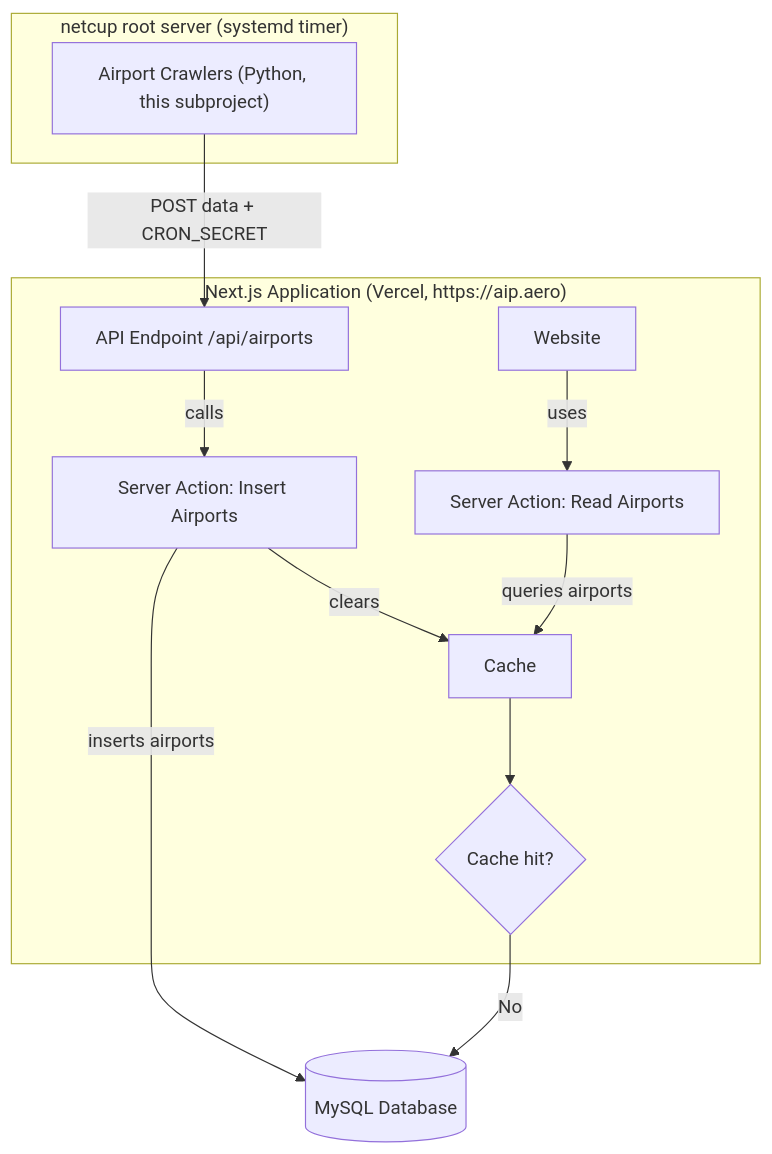
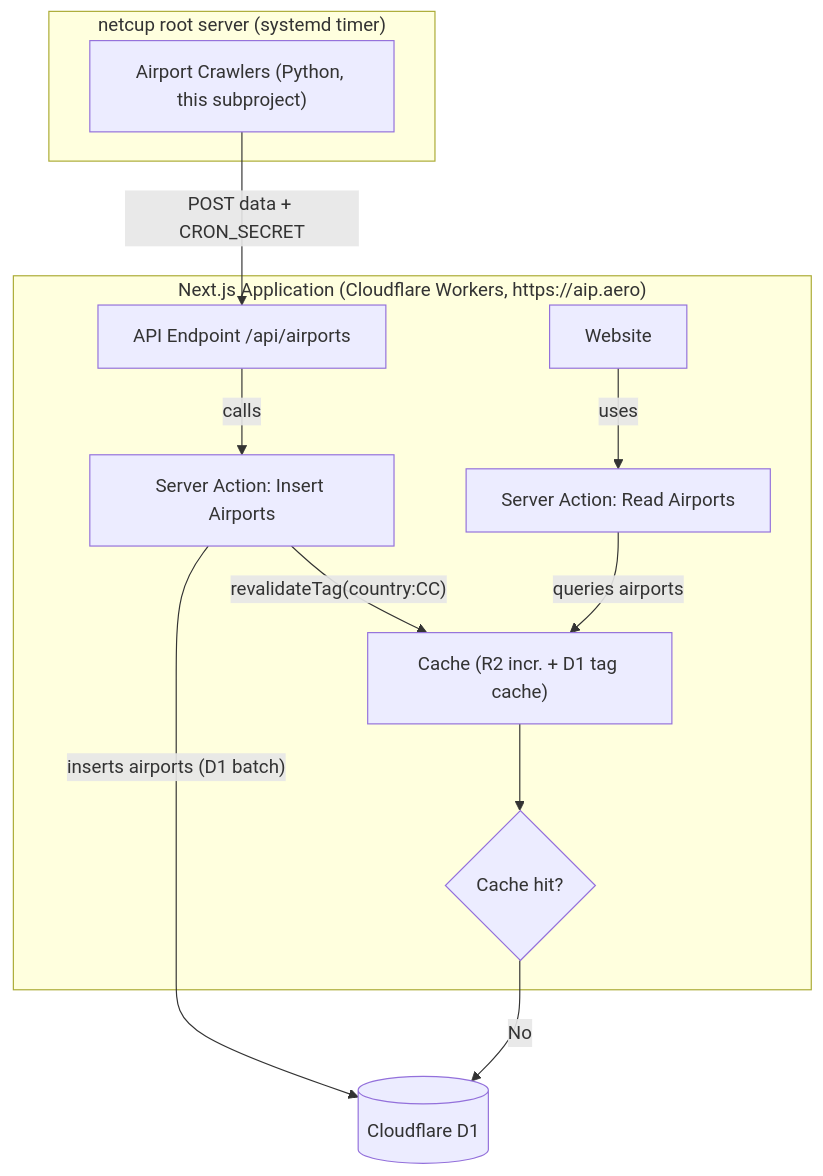
One commit to alexanderdross/AipAero changed the diagram in crawlers/README.md. Above: the diagram before and after it, drawn with Mermaid. The commit also changed other lines of this file and 8 other files, not shown here.

First line of the commit message:
docs: refresh core docs for Cloudflare Workers + R2, current crawler arch, onboarding

````diff
--- a/crawlers/README.md
+++ b/crawlers/README.md
@@ -131,22 +151,22 @@
 ```mermaid
 flowchart TD
- subgraph subGraph0["Next.js Application (Vercel, https://aip.aero)"]
+ subgraph subGraph0["Next.js Application (Cloudflare Workers, https://aip.aero)"]
         API["API Endpoint /api/airports"]
         Website["Website"]
         InsertAction["Server Action: Insert Airports"]
         ReadAction["Server Action: Read Airports"]
-        Cache["Cache"]
+        Cache["Cache (R2 incr. + D1 tag cache)"]
         IsHit{"Cache hit?"}
   end
  subgraph subGraph1["netcup root server (systemd timer)"]
         Crawlers["Airport Crawlers (Python, this subproject)"]
   end
     Crawlers -- POST data + CRON_SECRET --> API
     API -- calls --> InsertAction
-    InsertAction -- inserts airports --> MySQL[("MySQL Database")]
-    InsertAction -- clears --> Cache
+    InsertAction -- inserts airports (D1 batch) --> D1[("Cloudflare D1")]
+    InsertAction -- "revalidateTag(country:CC)" --> Cache
     Website -- uses --> ReadAction
     ReadAction -- queries airports --> Cache
     Cache --> IsHit
-    IsHit -- No --> MySQL
+    IsHit -- No --> D1
 ```
````
